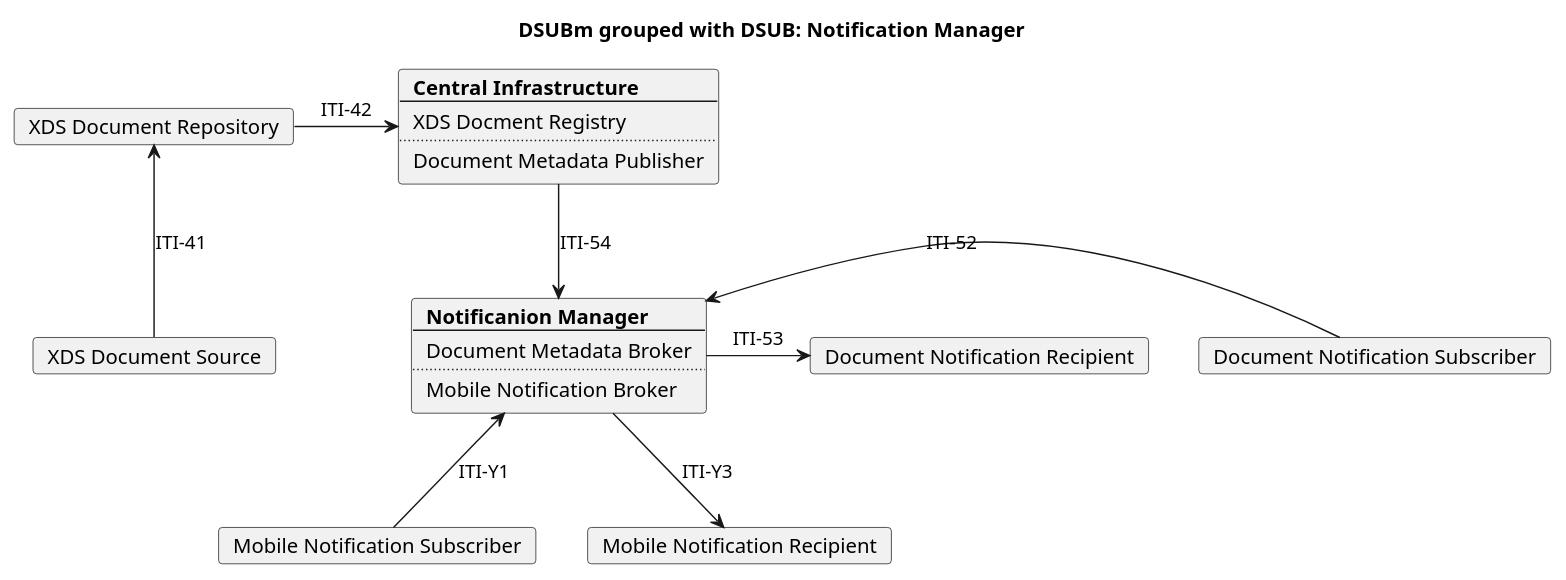
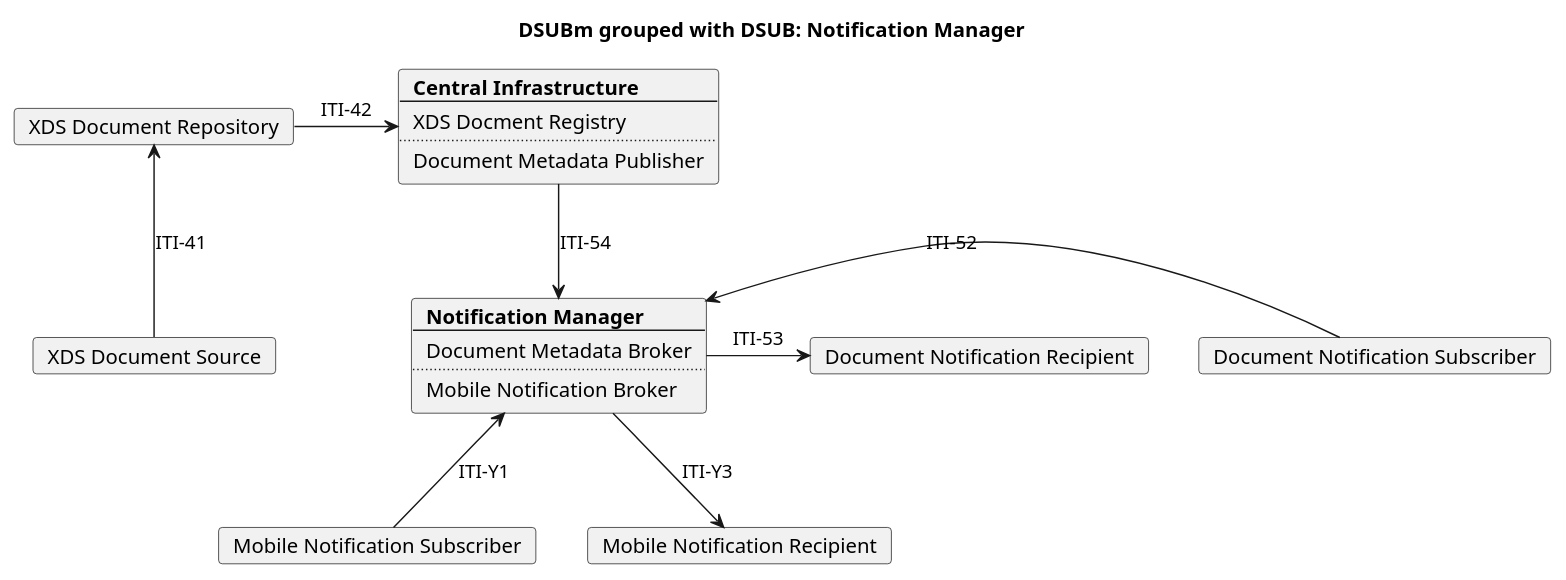
Before and after one commit to IHE/ITI.DSUBm: the diagram in input/images-source/model_DSUB.plantuml, drawn with PlantUML. The commit also changed 2 other files, not shown here.

```diff
--- a/input/images-source/model_DSUB.plantuml
+++ b/input/images-source/model_DSUB.plantuml
@@ -1,46 +1,46 @@
 @startuml
 skinparam svgDimensionStyle false
 skinparam componentStyle rectangle
 
 hide footbox
 title "DSUBm grouped with DSUB: Notification Manager" 
 
 card "XDS Document Source" as Source
 card "XDS Document Repository" as Repo
 
 card  Central [
   <b>Central Infrastructure
   ----
   XDS Docment Registry
   ....
   Document Metadata Publisher
 ]
 
 card Broker [
-  <b>Notificanion Manager
+  <b>Notification Manager
   ----
   Document Metadata Broker
   ....
   Mobile Notification Broker
 ]
 
 card "Document Notification Subscriber" as DSUB_Subsciber 
 card "Document Notification Recipient" as DSUB_Recipient 
 
 card "Mobile Notification Subscriber" as DSUBm_Subsciber 
 card "Mobile Notification Recipient" as DSUBm_Recipient 
 
 DSUBm_Subsciber -u-> Broker: ITI-Y1
 
 Source -u-> Repo: ITI-41
 Repo -r-> Central: ITI-42
 Central -d-> Broker: ITI-54
 
 
 DSUB_Subsciber -l->Broker: ITI-52
 Broker-r-> DSUB_Recipient: ITI-53
 Broker -d-> DSUBm_Recipient: ITI-Y3
 
 
 
 @enduml
```
